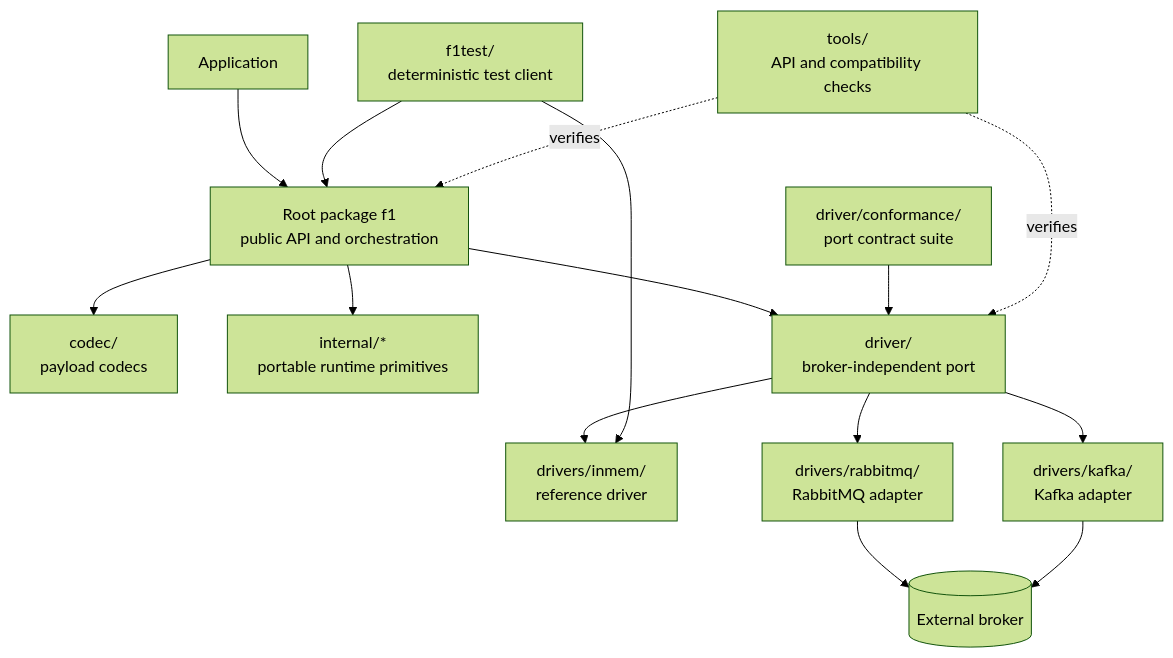
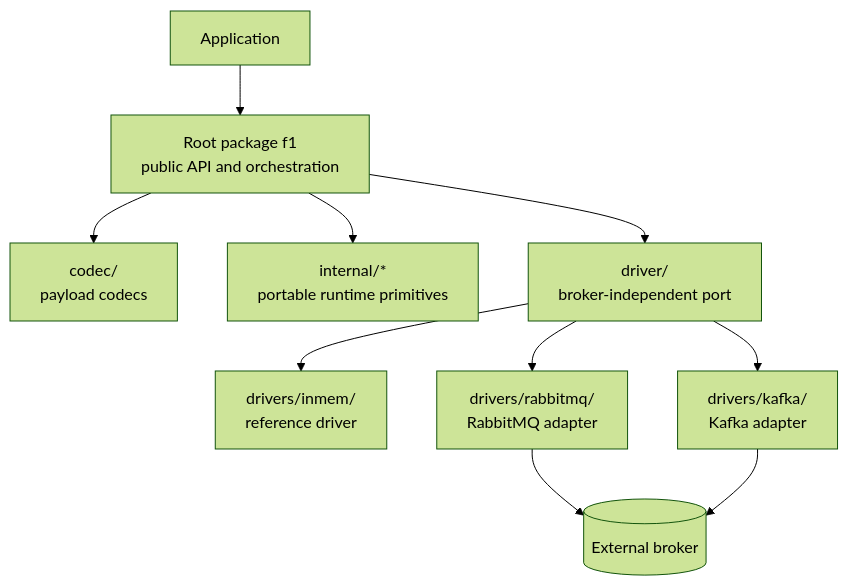
Before and after one commit to bktrung/edm_sdk: the first of 2 diagrams in docs/development/architecture.md, drawn with Mermaid (forest theme). The commit also changed other lines of this file and 35 other files, not shown here.

````diff
--- a/docs/development/architecture.md
+++ b/docs/development/architecture.md
@@ -13,30 +13,22 @@
 ```mermaid
 flowchart TB
     APP[Application]
-    CORE[Root package f1\npublic API and orchestration]
-    CODEC[codec/\npayload codecs]
-    INTERNAL[internal/*\nportable runtime primitives]
-    PORT[driver/\nbroker-independent port]
-    CONFORMANCE[driver/conformance/\nport contract suite]
-    F1TEST[f1test/\ndeterministic test client]
-    INMEM[drivers/inmem/\nreference driver]
-    RABBIT[drivers/rabbitmq/\nRabbitMQ adapter]
-    KAFKA[drivers/kafka/\nKafka adapter]
+    CORE[Root package f1<br/>public API and orchestration]
+    CODEC[codec/<br/>payload codecs]
+    INTERNAL[internal/*<br/>portable runtime primitives]
+    PORT[driver/<br/>broker-independent port]
+    INMEM[drivers/inmem/<br/>reference driver]
+    RABBIT[drivers/rabbitmq/<br/>RabbitMQ adapter]
+    KAFKA[drivers/kafka/<br/>Kafka adapter]
     BROKER[(External broker)]
-    TOOLS[tools/\nAPI and compatibility checks]
 
     APP --> CORE
     CORE --> CODEC
     CORE --> INTERNAL
     CORE --> PORT
     PORT --> INMEM
     PORT --> RABBIT
     PORT --> KAFKA
-    CONFORMANCE --> PORT
-    F1TEST --> CORE
-    F1TEST --> INMEM
     RABBIT --> BROKER
     KAFKA --> BROKER
-    TOOLS -. verifies .-> CORE
-    TOOLS -. verifies .-> PORT
 ```
````
